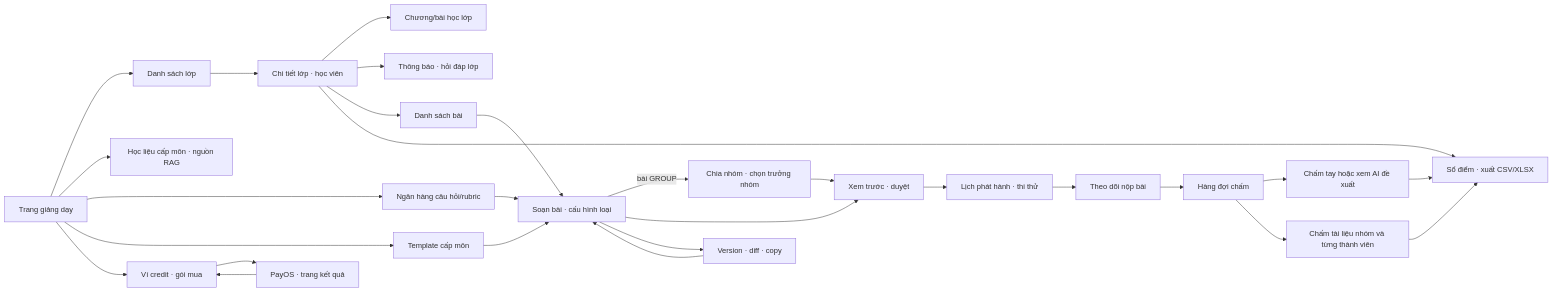
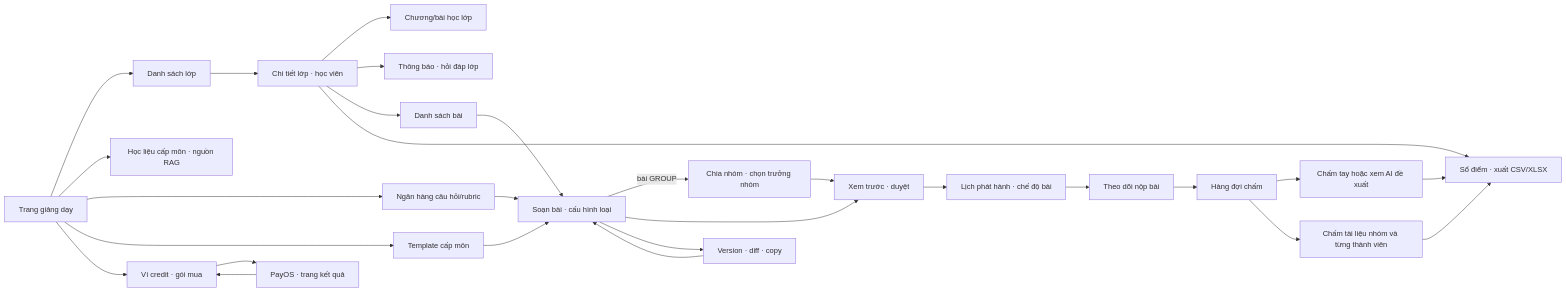
One commit to hygef-v4/AI-Powered-Learning-Platform changed the second of 3 diagrams in docs/screen-flow.md. Above: the diagram before and after it, drawn with Mermaid. The commit also changed other lines of this file and 119 other files, not shown here.

````diff
--- a/docs/screen-flow.md
+++ b/docs/screen-flow.md
@@ -55,40 +55,40 @@
 ```mermaid
 flowchart LR
     home["Trang giảng dạy"]
     classList["Danh sách lớp"]
     classDetail["Chi tiết lớp · học viên"]
     content["Chương/bài học lớp"]
     subjectContent["Học liệu cấp môn · nguồn RAG"]
     communication["Thông báo · hỏi đáp lớp"]
     bank["Ngân hàng câu hỏi/rubric"]
     templates["Template cấp môn"]
     assignmentList["Danh sách bài"]
     editor["Soạn bài · cấu hình loại"]
     groupSet["Chia nhóm · chọn trưởng nhóm"]
     review["Xem trước · duyệt"]
-    publish["Lịch phát hành · thi thử"]
+    publish["Lịch phát hành · chế độ bài"]
     progress["Theo dõi nộp bài"]
     gradingQueue["Hàng đợi chấm"]
     grading["Chấm tay hoặc xem AI đề xuất"]
     groupGrading["Chấm tài liệu nhóm và từng thành viên"]
     gradebook["Sổ điểm · xuất CSV/XLSX"]
     version["Version · diff · copy"]
     credits["Ví credit · gói mua"]
     payment["PayOS · trang kết quả"]
     home --> classList --> classDetail
     classDetail --> content
     classDetail --> communication
     classDetail --> assignmentList --> editor
     home --> subjectContent
     home --> bank
     home --> templates --> editor
     bank --> editor
     editor -->|"bài GROUP"| groupSet
     groupSet --> review
     editor --> review --> publish --> progress --> gradingQueue
     editor --> version --> editor
     gradingQueue --> grading --> gradebook
     gradingQueue --> groupGrading --> gradebook
     classDetail --> gradebook
     home --> credits --> payment --> credits
 ```
````
